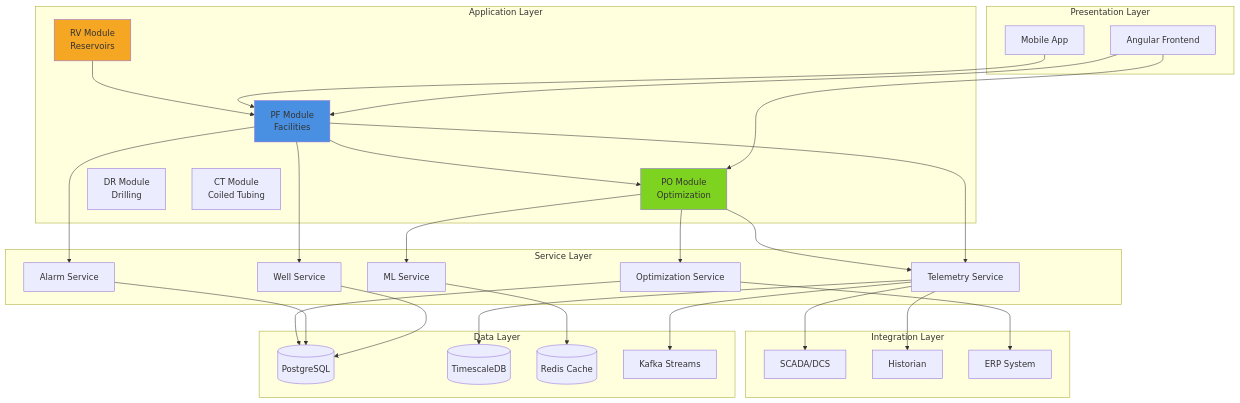
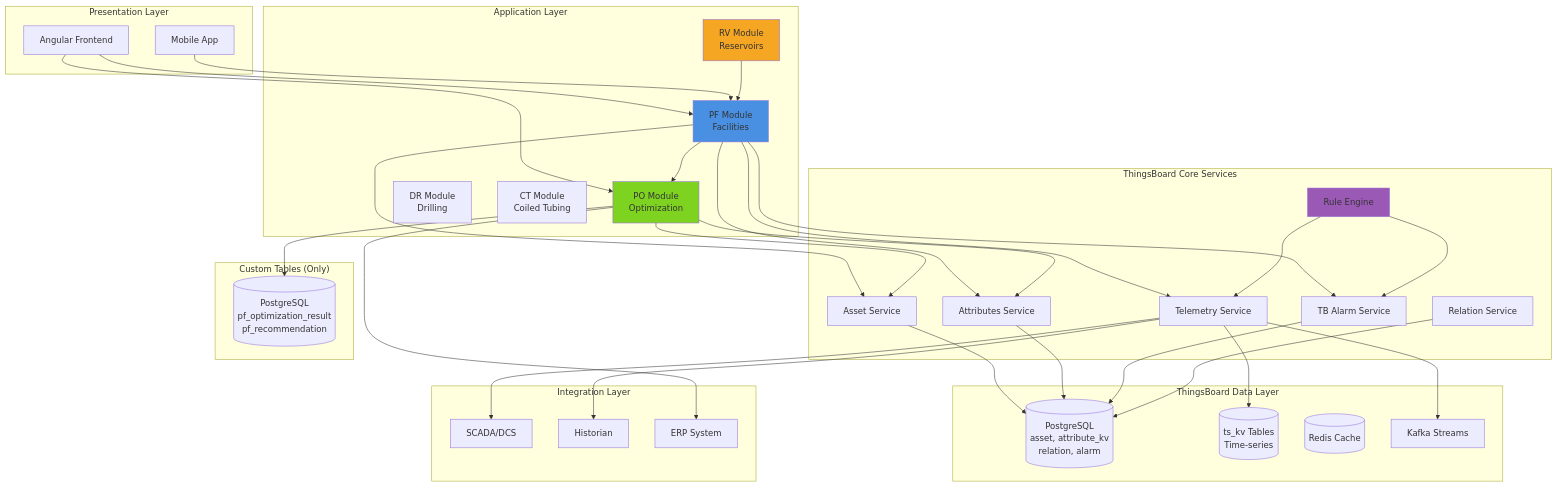
Before and after one commit to diazhh/nexus: the first of 23 diagrams in dev/op/DIAGRAMS.md, drawn with Mermaid. The commit also changed other lines of this file and 109 other files, not shown here.

````diff
--- a/dev/op/DIAGRAMS.md
+++ b/dev/op/DIAGRAMS.md
@@ -24,65 +25,74 @@
 ```mermaid
 graph TB
     subgraph "Presentation Layer"
         UI[Angular Frontend]
         Mobile[Mobile App]
     end
-    
+
     subgraph "Application Layer"
         PF[PF Module<br/>Facilities]
         PO[PO Module<br/>Optimization]
         RV[RV Module<br/>Reservoirs]
         DR[DR Module<br/>Drilling]
         CT[CT Module<br/>Coiled Tubing]
     end
-    
-    subgraph "Service Layer"
-        WellSvc[Well Service]
-        TeleSvc[Telemetry Service]
-        AlarmSvc[Alarm Service]
-        OptSvc[Optimization Service]
-        MLSvc[ML Service]
+
+    subgraph "ThingsBoard Core Services"
+        AssetSvc[Asset Service]
+        AttrSvc[Attributes Service]
+        TsSvc[Telemetry Service]
+        AlarmSvc[TB Alarm Service]
+        RelSvc[Relation Service]
+        RuleEngine[Rule Engine]
     end
-    
-    subgraph "Data Layer"
-        PG[(PostgreSQL)]
-        TS[(TimescaleDB)]
+
+    subgraph "ThingsBoard Data Layer"
+        PG[(PostgreSQL<br/>asset, attribute_kv<br/>relation, alarm)]
+        TS[(ts_kv Tables<br/>Time-series)]
         Redis[(Redis Cache)]
         Kafka[Kafka Streams]
     end
-    
+
+    subgraph "Custom Tables (Only)"
+        CustomPG[(PostgreSQL<br/>pf_optimization_result<br/>pf_recommendation)]
+    end
+
     subgraph "Integration Layer"
         SCADA[SCADA/DCS]
         Historian[Historian]
         ERP[ERP System]
     end
-    
+
     UI --> PF
     UI --> PO
     Mobile --> PF
-    
-    PF --> WellSvc
-    PF --> TeleSvc
+
+    PF --> AssetSvc
+    PF --> AttrSvc
+    PF --> TsSvc
     PF --> AlarmSvc
-    PO --> OptSvc
-    PO --> MLSvc
-    PO --> TeleSvc
-    
+    PO --> AssetSvc
+    PO --> AttrSvc
+    PO --> CustomPG
+
     RV --> PF
     PF --> PO
-    
-    WellSvc --> PG
-    TeleSvc --> TS
-    TeleSvc --> Kafka
+
+    AssetSvc --> PG
+    AttrSvc --> PG
+    TsSvc --> TS
+    TsSvc --> Kafka
     AlarmSvc --> PG
-    OptSvc --> PG
-    MLSvc --> Redis
-    
-    TeleSvc --> SCADA
-    TeleSvc --> Historian
-    OptSvc --> ERP
-    
+    RelSvc --> PG
+    RuleEngine --> TsSvc
+    RuleEngine --> AlarmSvc
+
+    TsSvc --> SCADA
+    TsSvc --> Historian
+    PO --> ERP
+
     style PF fill:#4A90E2
     style PO fill:#7ED321
     style RV fill:#F5A623
+    style RuleEngine fill:#9B59B6
 ```
````
